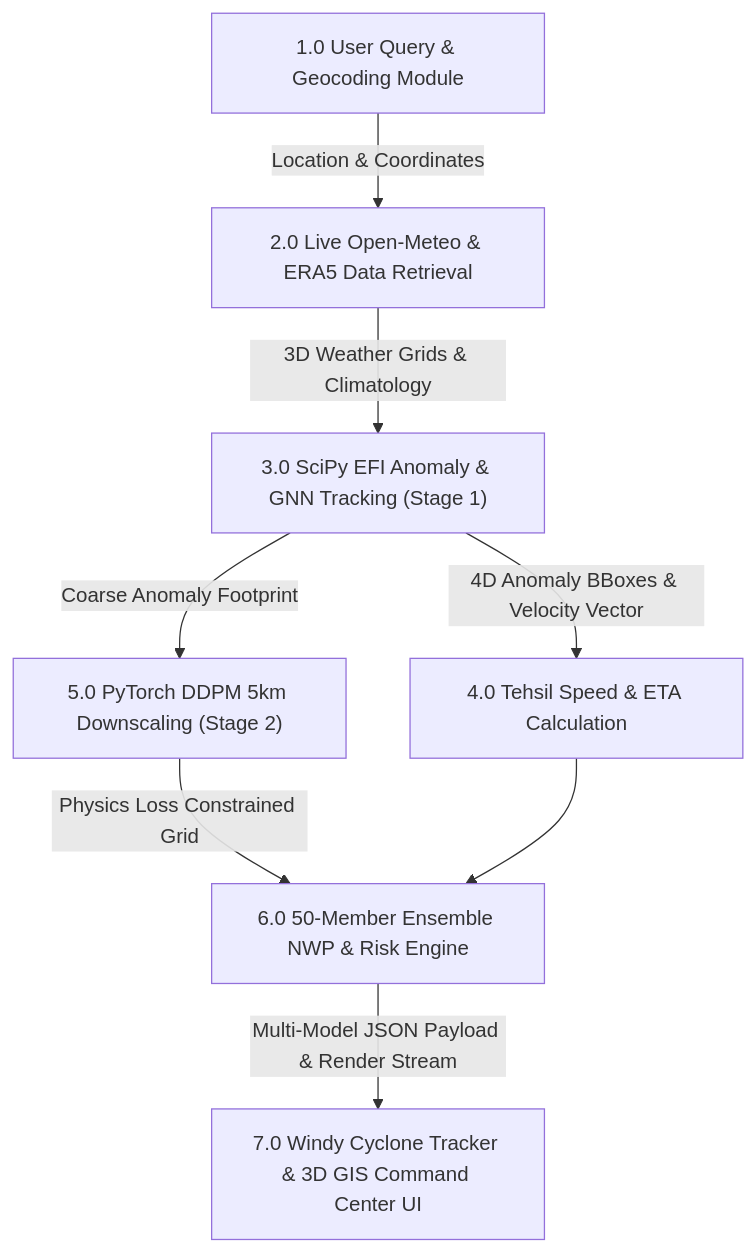
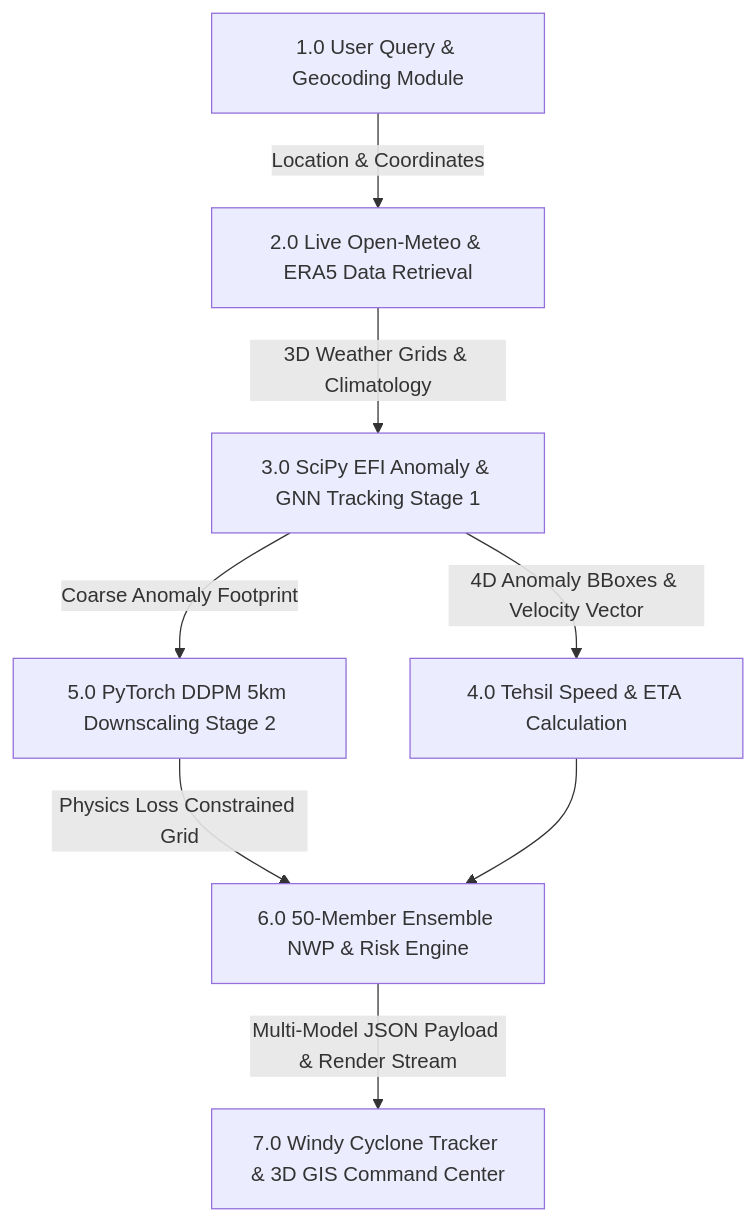
One commit to Alokzhan/wheatherSIH changed the third of 4 diagrams in README.md. Above: the diagram before and after it, drawn with Mermaid. The commit also changed other lines of this file, not shown here.

Commit message:
docs: Update README.md architecture & DFD flowcharts for 100% rendering compatibility

````diff
--- a/README.md
+++ b/README.md
@@ -183,10 +231,10 @@
 ```mermaid
-graph TD
-    P1["1.0 User Query & Geocoding Module"] -->|Location & Coordinates| P2["2.0 Live Open-Meteo & ERA5 Data Retrieval"]
-    P2 -->|3D Weather Grids & Climatology| P3["3.0 SciPy EFI Anomaly & GNN Tracking (Stage 1)"]
-    P3 -->|4D Anomaly BBoxes & Velocity Vector| P4["4.0 Tehsil Speed & ETA Calculation"]
-    P3 -->|Coarse Anomaly Footprint| P5["5.0 PyTorch DDPM 5km Downscaling (Stage 2)"]
-    P5 -->|Physics Loss Constrained Grid| P6["6.0 50-Member Ensemble NWP & Risk Engine"]
+flowchart TD
+    P1[1.0 User Query & Geocoding Module] -->|Location & Coordinates| P2[2.0 Live Open-Meteo & ERA5 Data Retrieval]
+    P2 -->|3D Weather Grids & Climatology| P3[3.0 SciPy EFI Anomaly & GNN Tracking Stage 1]
+    P3 -->|4D Anomaly BBoxes & Velocity Vector| P4[4.0 Tehsil Speed & ETA Calculation]
+    P3 -->|Coarse Anomaly Footprint| P5[5.0 PyTorch DDPM 5km Downscaling Stage 2]
+    P5 -->|Physics Loss Constrained Grid| P6[6.0 50-Member Ensemble NWP & Risk Engine]
     P4 --> P6
-    P6 -->|Multi-Model JSON Payload & Render Stream| P7["7.0 Windy Cyclone Tracker & 3D GIS Command Center UI"]
+    P6 -->|Multi-Model JSON Payload & Render Stream| P7[7.0 Windy Cyclone Tracker & 3D GIS Command Center]
 ```
````
